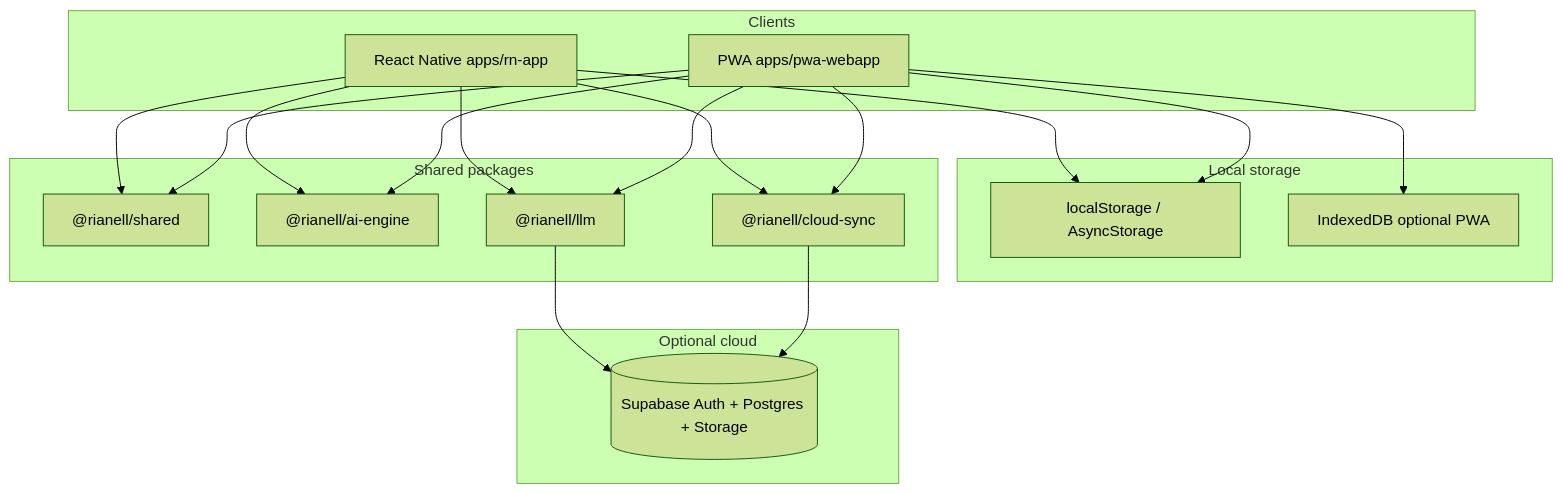
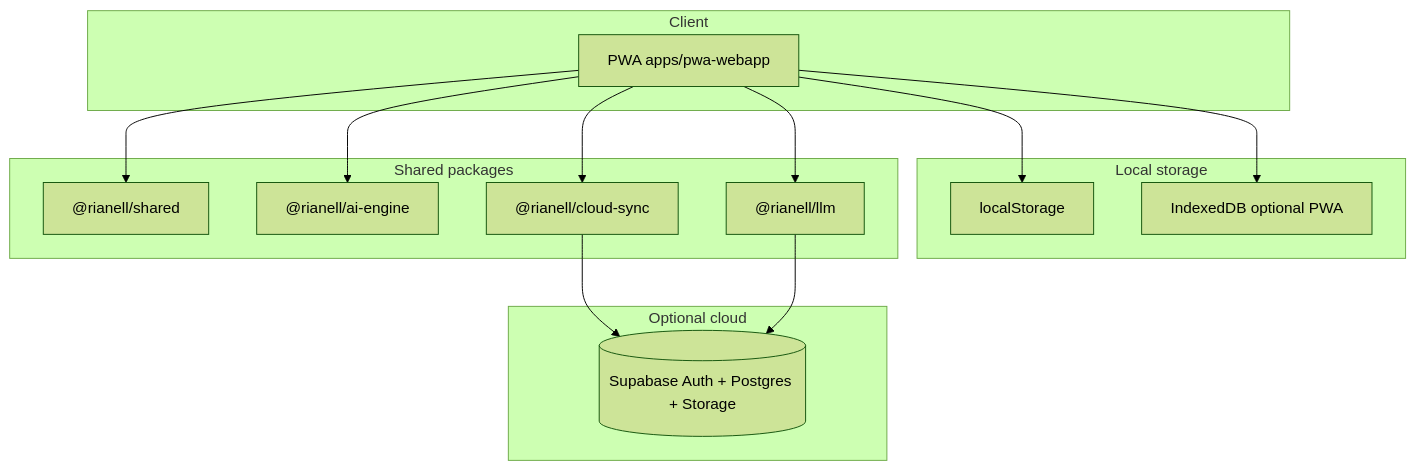
The diagram in wiki/Architecture-Overview.md (Metaheurist/Rianell), drawn with Mermaid (forest theme) before and after one commit. The commit also changed other lines of this file and 16 other files, not shown here.

````diff
--- a/wiki/Architecture-Overview.md
+++ b/wiki/Architecture-Overview.md
@@ -9,33 +9,27 @@
 ```mermaid
 flowchart TB
-  subgraph clients [Clients]
+  subgraph clients [Client]
     PWA[PWA apps/pwa-webapp]
-    RN[React Native apps/rn-app]
   end
   subgraph local [Local storage]
-    LS[localStorage / AsyncStorage]
+    LS[localStorage]
     IDB[IndexedDB optional PWA]
   end
   subgraph packages [Shared packages]
     Shared["@rianell/shared"]
     AI["@rianell/ai-engine"]
     CloudPkg["@rianell/cloud-sync"]
     LLM["@rianell/llm"]
   end
   subgraph optional [Optional cloud]
     SB[(Supabase Auth + Postgres + Storage)]
   end
   PWA --> Shared
-  RN --> Shared
   PWA --> LS
-  RN --> LS
   PWA --> IDB
   PWA --> AI
-  RN --> AI
   PWA --> LLM
-  RN --> LLM
   PWA --> CloudPkg
-  RN --> CloudPkg
   CloudPkg --> SB
   LLM --> SB
 ```
````
